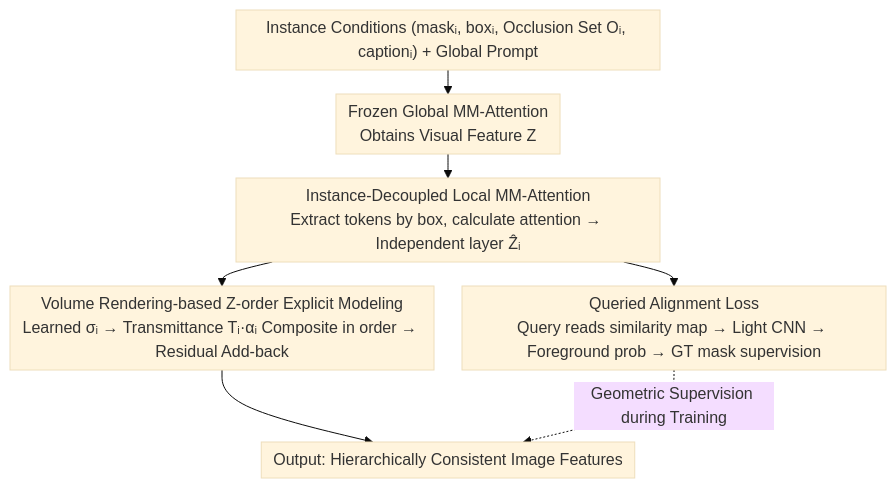
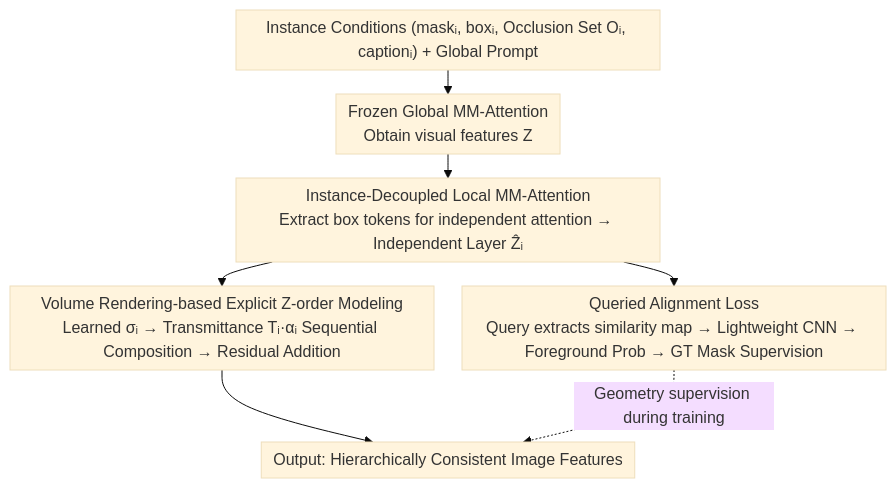
Before and after one commit to zhaoyang97/Paper-Notes-en: the diagram in docs/ICML2026/image_generation/occlusionformer_arranging_z-order_for_layout-grounded_image_generation.md, drawn with Mermaid (base theme). The commit also changed other lines of this file and 5084 other files, not shown here.

````diff
--- a/docs/ICML2026/image_generation/occlusionformer_arranging_z-order_for_layout-grounded_image_generation.md
+++ b/docs/ICML2026/image_generation/occlusionformer_arranging_z-order_for_layout-grounded_image_generation.md
@@ -45,10 +45,10 @@
 ```mermaid
 %%{init: {'flowchart': {'rankSpacing': 24, 'nodeSpacing': 28, 'padding': 6, 'wrappingWidth': 400}}}%%
 flowchart TD
-    A["Instance Conditions (maskᵢ, boxᵢ, Occlusion Set Oᵢ, captionᵢ) + Global Prompt"] --> B["Frozen Global MM-Attention<br/>Obtains Visual Feature Z"]
-    B --> C["Instance-Decoupled Local MM-Attention<br/>Extract tokens by box, calculate attention → Independent layer Ẑᵢ"]
-    C --> D["Volume Rendering-based Z-order Explicit Modeling<br/>Learned σᵢ → Transmittance Tᵢ·αᵢ Composite in order → Residual Add-back"]
-    C --> E["Queried Alignment Loss<br/>Query reads similarity map → Light CNN → Foreground prob → GT mask supervision"]
+    A["Instance Conditions (maskᵢ, boxᵢ, Occlusion Set Oᵢ, captionᵢ) + Global Prompt"] --> B["Frozen Global MM-Attention<br/>Obtain visual features Z"]
+    B --> C["Instance-Decoupled Local MM-Attention<br/>Extract box tokens for independent attention → Independent Layer Ẑᵢ"]
+    C --> D["Volume Rendering-based Explicit Z-order Modeling<br/>Learned σᵢ → Transmittance Tᵢ·αᵢ Sequential Composition → Residual Addition"]
+    C --> E["Queried Alignment Loss<br/>Query extracts similarity map → Lightweight CNN → Foreground Prob → GT Mask Supervision"]
     D --> F["Output: Hierarchically Consistent Image Features"]
-    E -.Geometric Supervision during Training.-> F
+    E -.Geometry supervision during training.-> F
 ```
````
